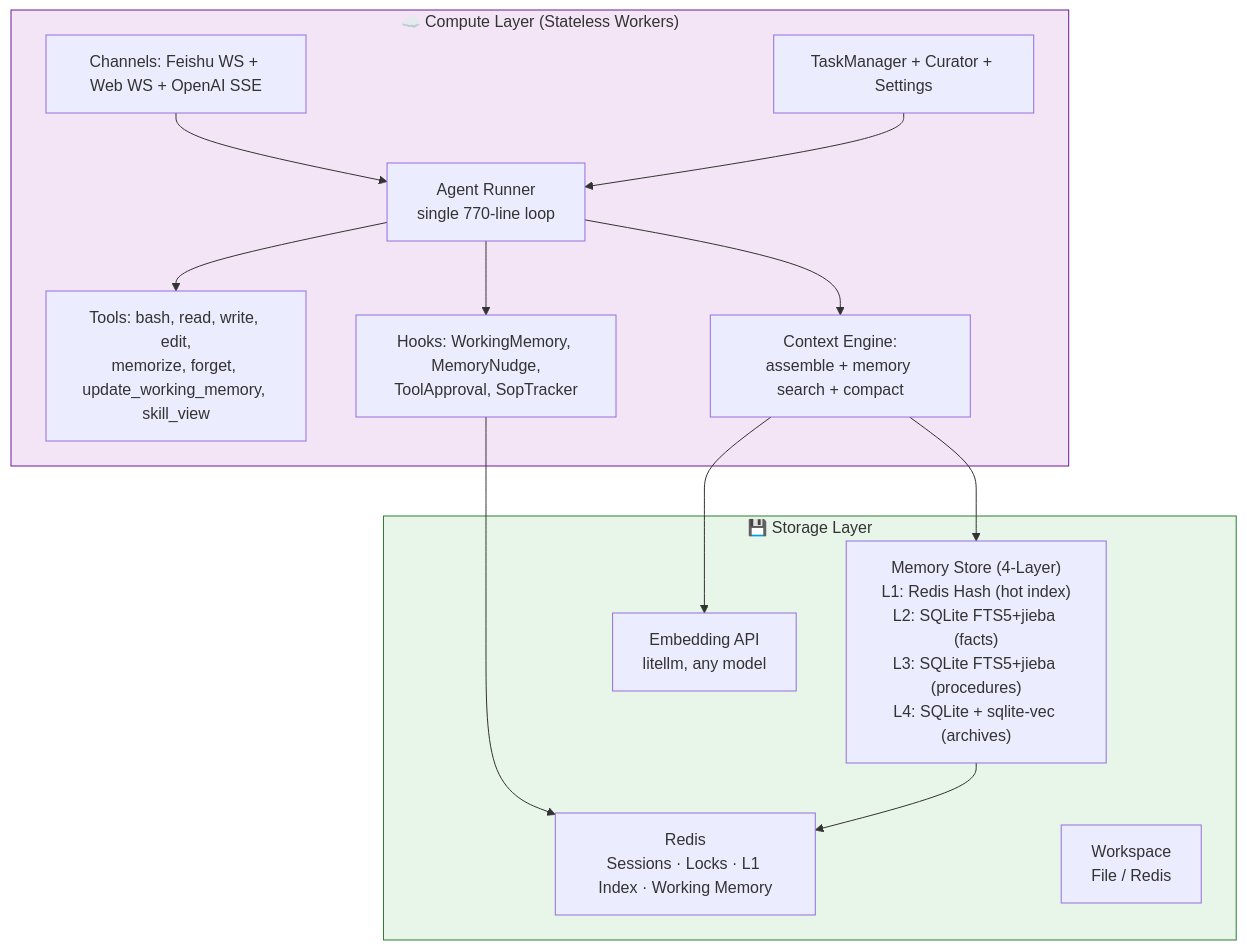
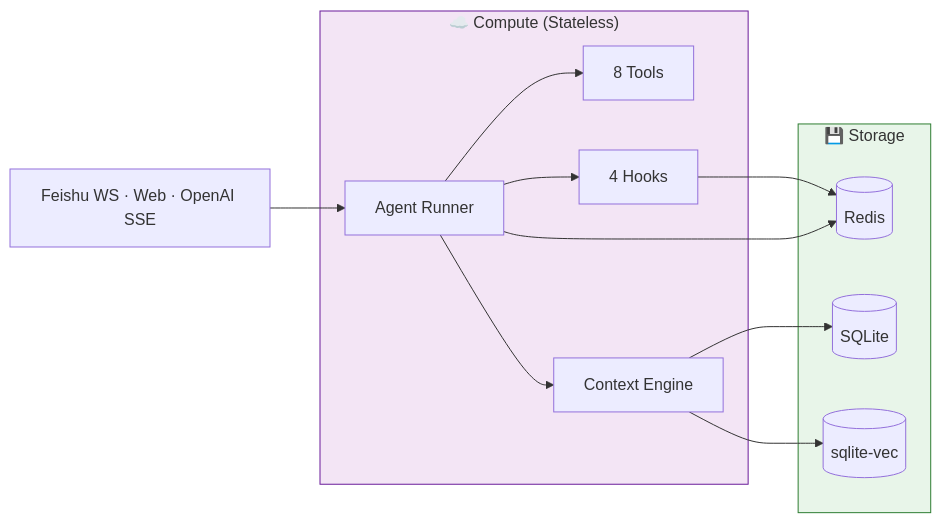
One commit to Timeflys2018/pyclaw changed the third of 4 diagrams in README.md. Above: the diagram before and after it, drawn with Mermaid. The commit also changed other lines of this file and 1 other file, not shown here.

Commit message:
docs: 统一中英文 README 图表为 mermaid LR 横向布局
- 架构图: ASCII → mermaid graph LR（更紧凑）
- Prompt 三段图: ASCII/block-beta → mermaid graph LR
- 中英文保持一致

````diff
--- a/README.md
+++ b/README.md
@@ -176,31 +176,23 @@
 ```mermaid
-graph TB
-    subgraph Compute["☁️ Compute Layer (Stateless Workers)"]
-        Runner["Agent Runner<br/>single 770-line loop"]
-        Tools["Tools: bash, read, write, edit,<br/>memorize, forget, update_working_memory, skill_view"]
-        Hooks["Hooks: WorkingMemory, MemoryNudge,<br/>ToolApproval, SopTracker"]
-        Context["Context Engine:<br/>assemble + memory search + compact"]
-        Channels["Channels: Feishu WS + Web WS + OpenAI SSE"]
-        Infra["TaskManager + Curator + Settings"]
+graph LR
+    subgraph Compute["☁️ Compute (Stateless)"]
+        Runner[Agent Runner] --> Tools[8 Tools]
+        Runner --> Hooks[4 Hooks]
+        Runner --> CE[Context Engine]
     end
 
-    subgraph Storage["💾 Storage Layer"]
-        Redis["Redis<br/>Sessions · Locks · L1 Index · Working Memory"]
-        Memory["Memory Store (4-Layer)<br/>L1: Redis Hash (hot index)<br/>L2: SQLite FTS5+jieba (facts)<br/>L3: SQLite FTS5+jieba (procedures)<br/>L4: SQLite + sqlite-vec (archives)"]
-        Workspace["Workspace<br/>File / Redis"]
-        Embedding["Embedding API<br/>litellm, any model"]
+    subgraph Storage["💾 Storage"]
+        Redis[(Redis)]
+        SQLite[(SQLite)]
+        Vec[(sqlite-vec)]
     end
 
-    Runner --> Tools
-    Runner --> Hooks
-    Runner --> Context
-    Context --> Memory
-    Channels --> Runner
-    Infra --> Runner
+    Channels[Feishu WS · Web · OpenAI SSE] --> Runner
+    CE --> SQLite
+    CE --> Vec
     Hooks --> Redis
-    Memory --> Redis
-    Context --> Embedding
+    Runner --> Redis
 
     style Compute fill:#f3e5f5,stroke:#6a1b9a
     style Storage fill:#e8f5e9,stroke:#2e7d32
 ```
````
